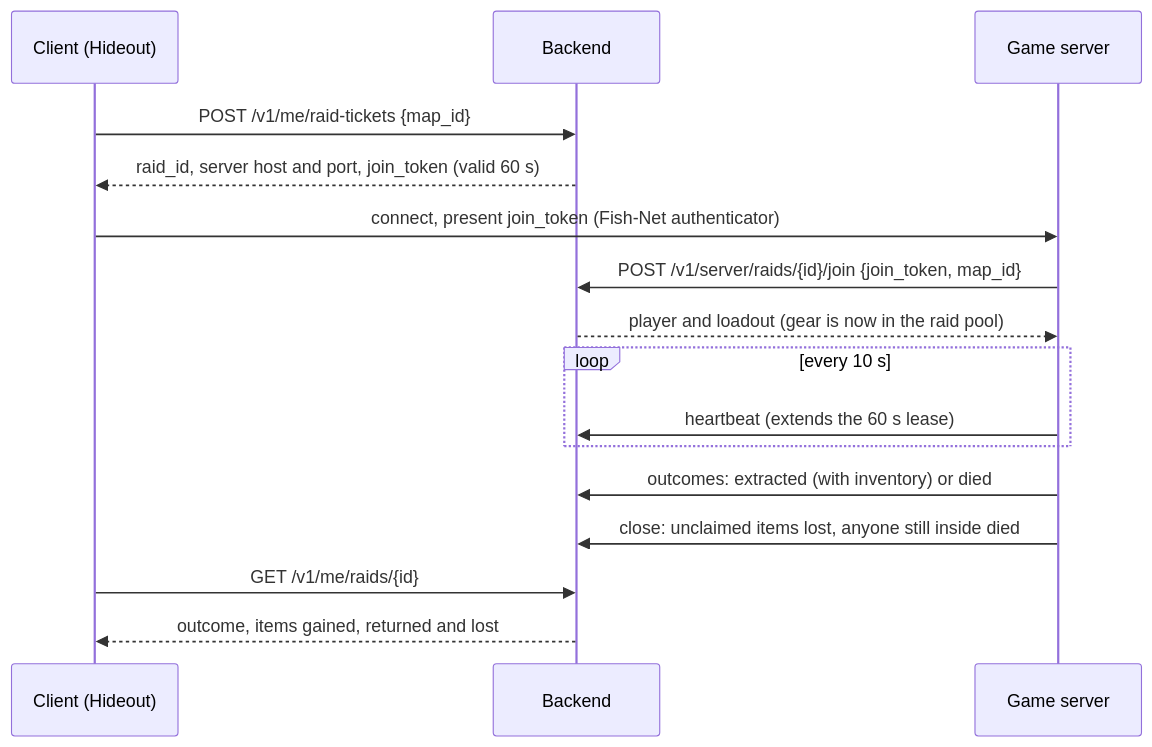
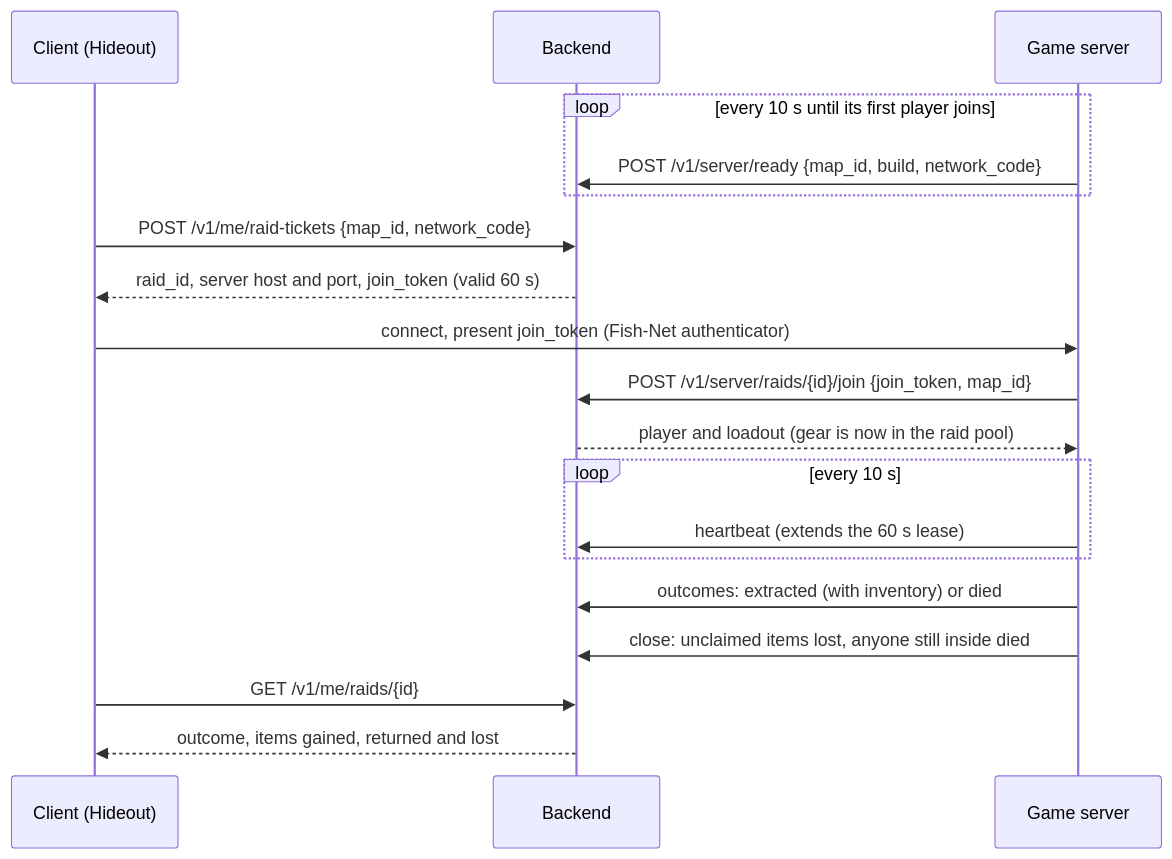
One commit to WillySchu/game changed the diagram in API_AND_DATA_MODEL.md. Above: the diagram before and after it, drawn with Mermaid. The commit also changed other lines of this file and 21 other files, not shown here.

````diff
--- a/API_AND_DATA_MODEL.md
+++ b/API_AND_DATA_MODEL.md
@@ -53,18 +54,21 @@
 ```mermaid
 sequenceDiagram
     participant C as Client (Hideout)
     participant B as Backend
     participant S as Game server
-    C->>B: POST /v1/me/raid-tickets {map_id}
+    loop every 10 s until its first player joins
+        S->>B: POST /v1/server/ready {map_id, build, network_code}
+    end
+    C->>B: POST /v1/me/raid-tickets {map_id, network_code}
     B-->>C: raid_id, server host and port, join_token (valid 60 s)
     C->>S: connect, present join_token (Fish-Net authenticator)
     S->>B: POST /v1/server/raids/{id}/join {join_token, map_id}
     B-->>S: player and loadout (gear is now in the raid pool)
     loop every 10 s
         S->>B: heartbeat (extends the 60 s lease)
     end
     S->>B: outcomes: extracted (with inventory) or died
     S->>B: close: unclaimed items lost, anyone still inside died
     C->>B: GET /v1/me/raids/{id}
     B-->>C: outcome, items gained, returned and lost
 ```
````
